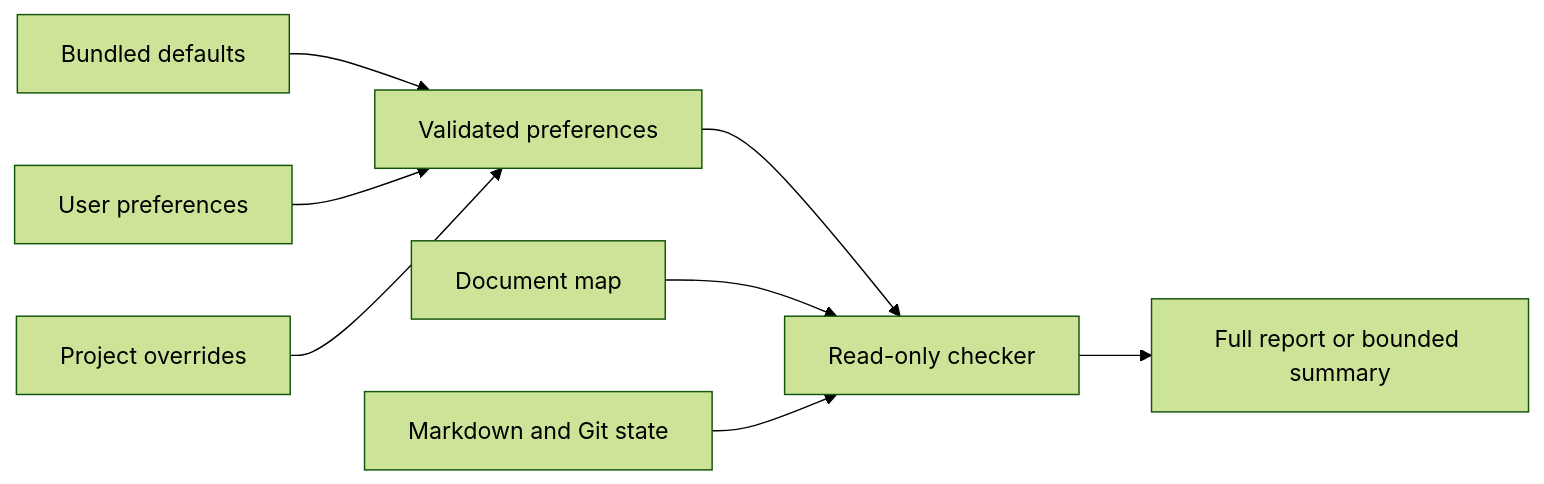
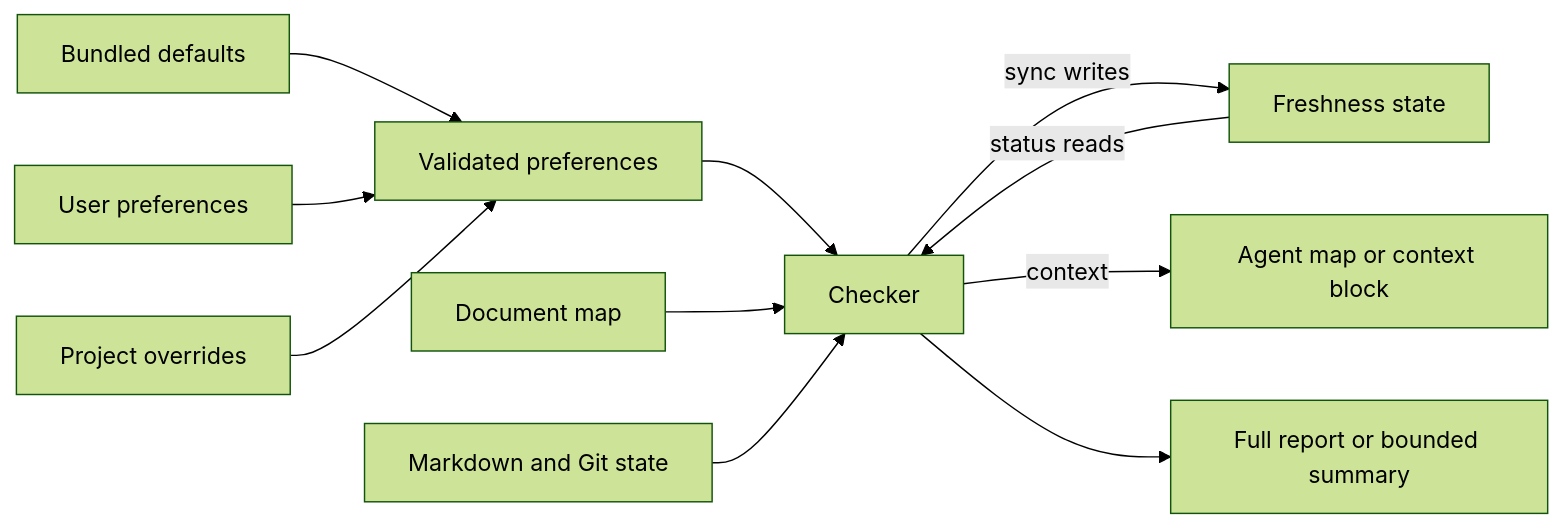
The diagram in docs/architecture/data.md (tushar-mahalya/archlens), drawn with Mermaid (forest theme) before and after one commit. The commit also changed other lines of this file and 20 other files, not shown here.

````diff
--- a/docs/architecture/data.md
+++ b/docs/architecture/data.md
@@ -7,10 +7,13 @@
 ```mermaid
 flowchart LR
     D["Bundled defaults"] --> C["Validated preferences"]
     U["User preferences"] --> C
     P["Project overrides"] --> C
-    C --> R["Read-only checker"]
+    C --> R["Checker"]
     M["Document map"] --> R
     G["Markdown and Git state"] --> R
+    R -->|"sync writes"| S["Freshness state"]
+    S -->|"status reads"| R
+    R -->|"context"| X["Agent map or context block"]
     R --> O["Full report or bounded summary"]
 ```
````
